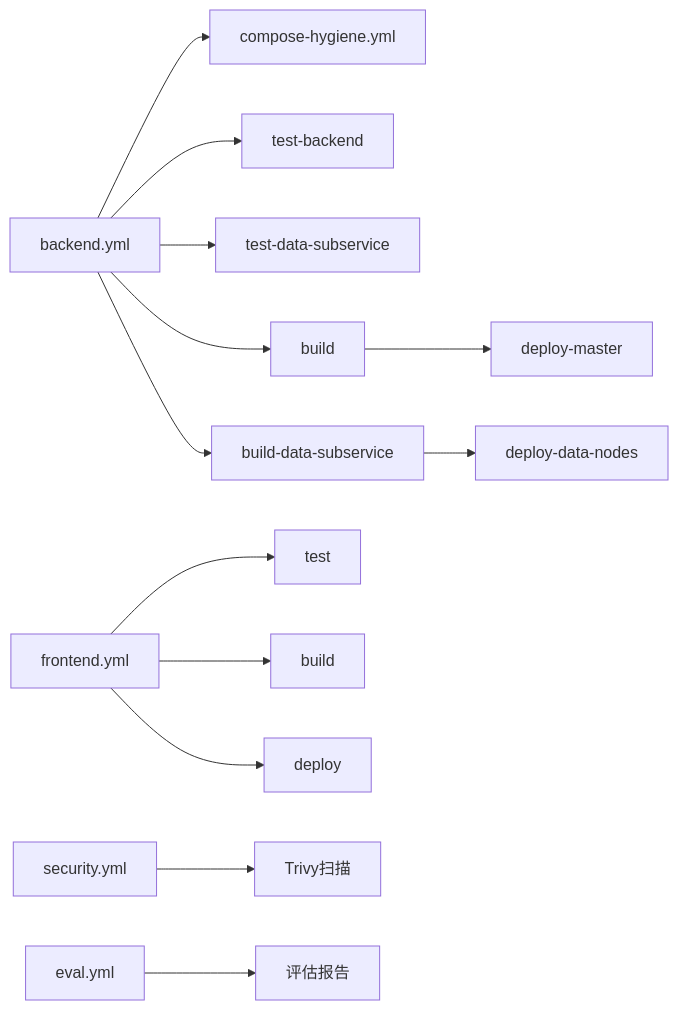
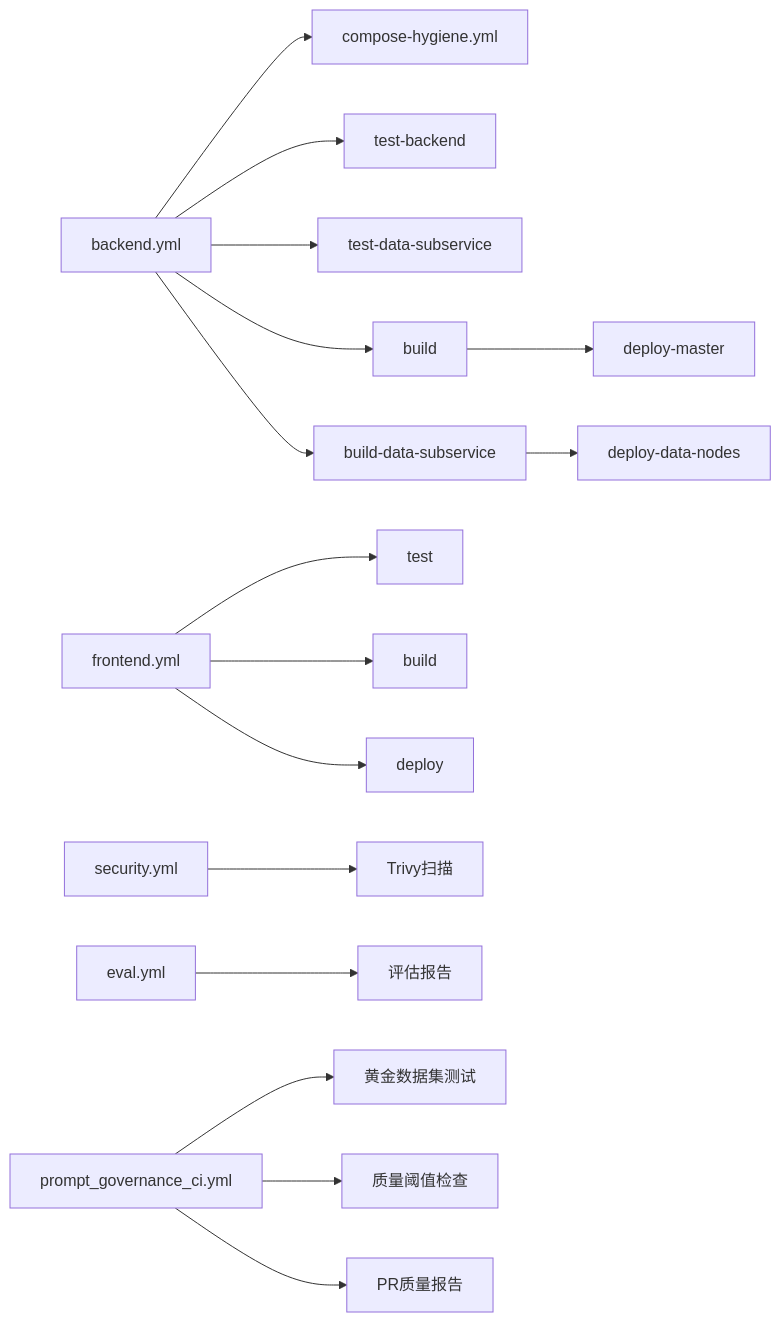
One commit to songlinhe5-lab/quant_agent changed the eighth of 8 diagrams in .qoder/repowiki/zh/content/测试与质量保证/持续集成流程.md. Above: the diagram before and after it, drawn with Mermaid. The commit also changed other lines of this file and 294 other files, not shown here.

````diff
--- a/.qoder/repowiki/zh/content/测试与质量保证/持续集成流程.md
+++ b/.qoder/repowiki/zh/content/测试与质量保证/持续集成流程.md
@@ -406,15 +477,18 @@
 ```mermaid
 graph LR
 A["backend.yml"] --> B["compose-hygiene.yml"]
 A --> C["test-backend"]
 A --> D["test-data-subservice"]
 A --> E["build"]
 A --> F["build-data-subservice"]
 E --> G["deploy-master"]
 F --> H["deploy-data-nodes"]
 I["frontend.yml"] --> J["test"]
 I --> K["build"]
 I --> L["deploy"]
 M["security.yml"] --> N["Trivy扫描"]
 O["eval.yml"] --> P["评估报告"]
+Q["prompt_governance_ci.yml"] --> R["黄金数据集测试"]
+Q --> S["质量阈值检查"]
+Q --> T["PR质量报告"]
 ```
````
